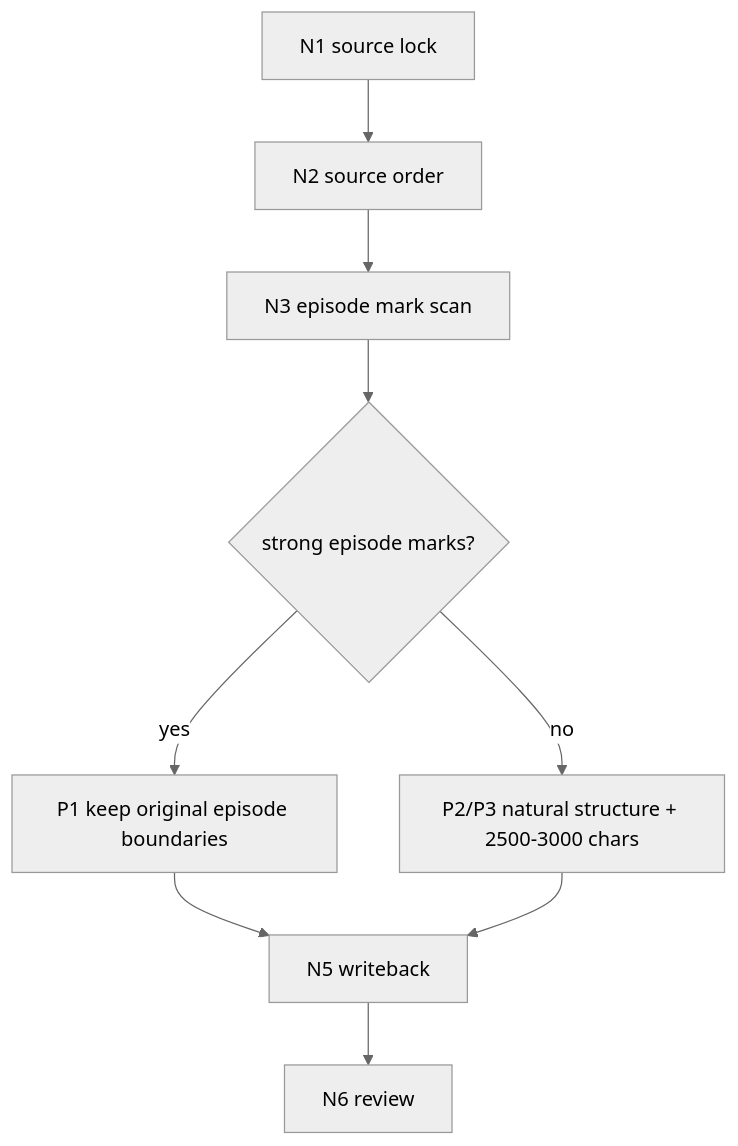
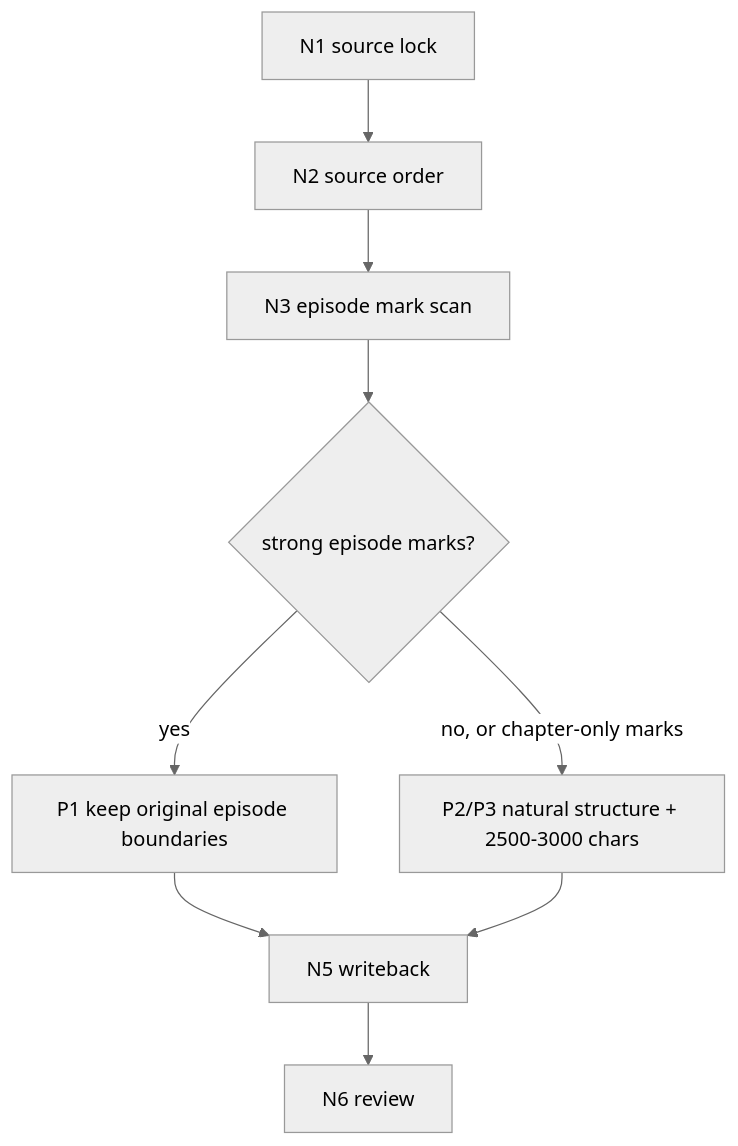
Before and after one commit to ZEN-VOID/AI-CUT: the diagram in .agents/skills/aigc/1-分集/steps/episode-split-workflow.md, drawn with Mermaid (neutral theme). The commit also changed other lines of this file and 106 other files, not shown here.

````diff
--- a/.agents/skills/aigc/1-分集/steps/episode-split-workflow.md
+++ b/.agents/skills/aigc/1-分集/steps/episode-split-workflow.md
@@ -16,11 +16,11 @@
 ```mermaid
 flowchart TD
     A["N1 source lock"] --> B["N2 source order"]
     B --> C["N3 episode mark scan"]
     C --> D{"strong episode marks?"}
     D -->|"yes"| E["P1 keep original episode boundaries"]
-    D -->|"no"| F["P2/P3 natural structure + 2500-3000 chars"]
+    D -->|"no, or chapter-only marks"| F["P2/P3 natural structure + 2500-3000 chars"]
     E --> G["N5 writeback"]
     F --> G
     G --> H["N6 review"]
 ```
````
